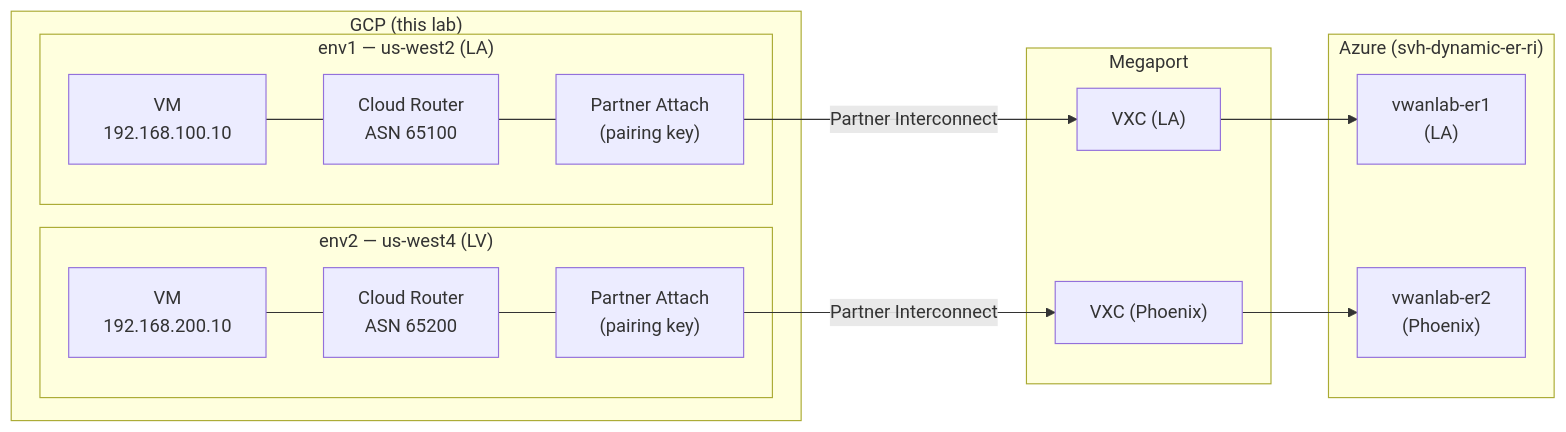
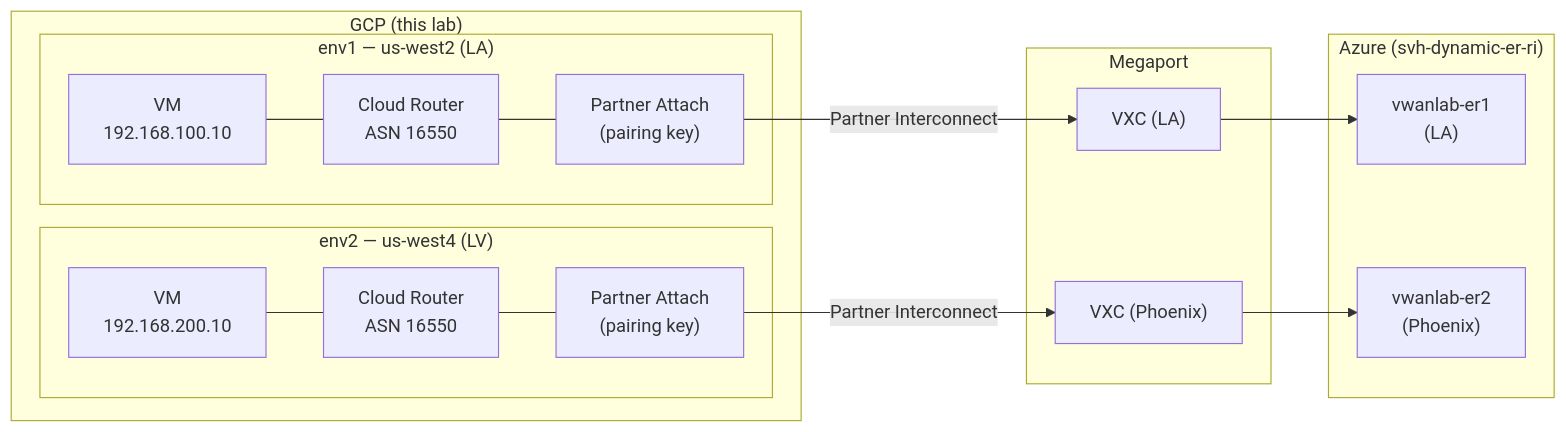
Before and after one commit to dmauser/azure-virtualwan: the diagram in gcp-onprem/docs/README.md, drawn with Mermaid. The commit also changed other lines of this file and 10 other files, not shown here.

First line of the commit message:
Fix GCP Partner Interconnect Cloud Router ASN (pin to 16550)

````diff
--- a/gcp-onprem/docs/README.md
+++ b/gcp-onprem/docs/README.md
@@ -20,32 +20,32 @@
 ```mermaid
 graph LR
   subgraph GCP["GCP (this lab)"]
     subgraph env1["env1 — us-west2 (LA)"]
       VM1["VM\n192.168.100.10"]
-      ROUTER1["Cloud Router\nASN 65100"]
+      ROUTER1["Cloud Router\nASN 16550"]
       ATT1["Partner Attach\n(pairing key)"]
       VM1 --- ROUTER1
       ROUTER1 --- ATT1
     end
     subgraph env2["env2 — us-west4 (LV)"]
       VM2["VM\n192.168.200.10"]
-      ROUTER2["Cloud Router\nASN 65200"]
+      ROUTER2["Cloud Router\nASN 16550"]
       ATT2["Partner Attach\n(pairing key)"]
       VM2 --- ROUTER2
       ROUTER2 --- ATT2
     end
   end
 
   subgraph Megaport
     VXC1["VXC (LA)"]
     VXC2["VXC (Phoenix)"]
   end
 
   subgraph Azure["Azure (svh-dynamic-er-ri)"]
     ER1["vwanlab-er1\n(LA)"]
     ER2["vwanlab-er2\n(Phoenix)"]
   end
 
   ATT1 -->|Partner Interconnect| VXC1 --> ER1
   ATT2 -->|Partner Interconnect| VXC2 --> ER2
 ```
````
